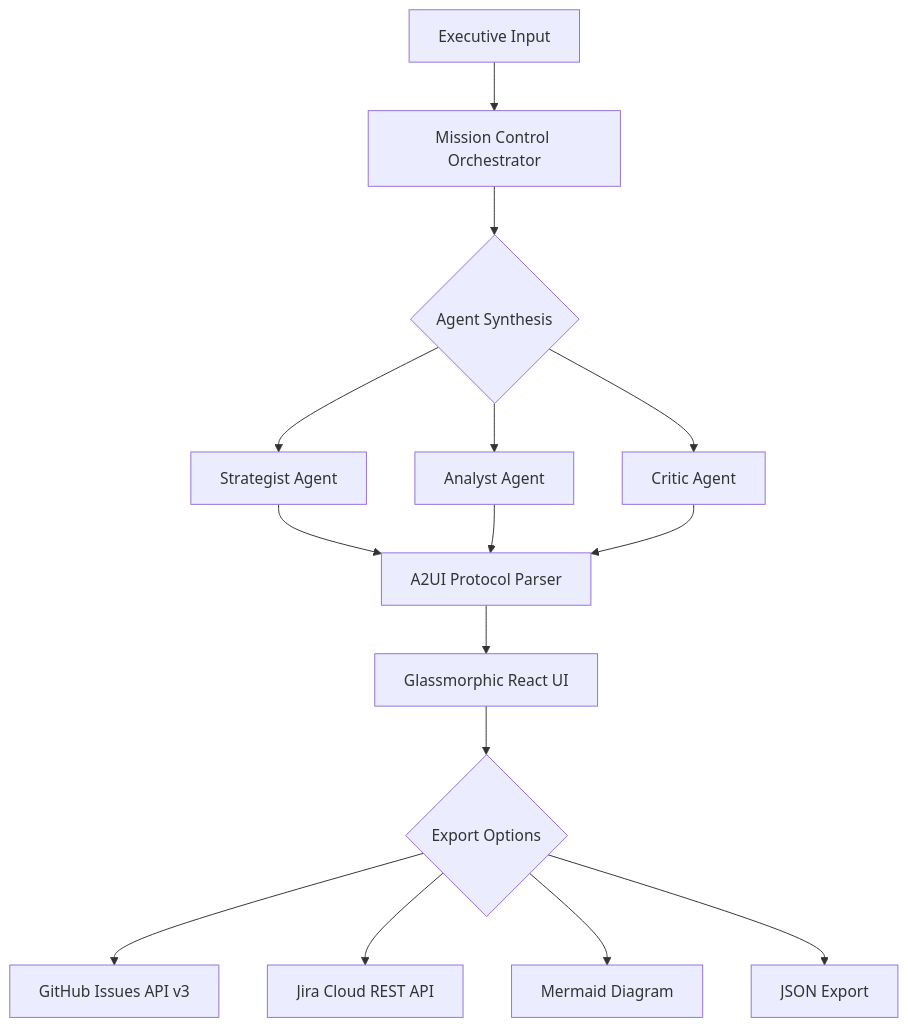
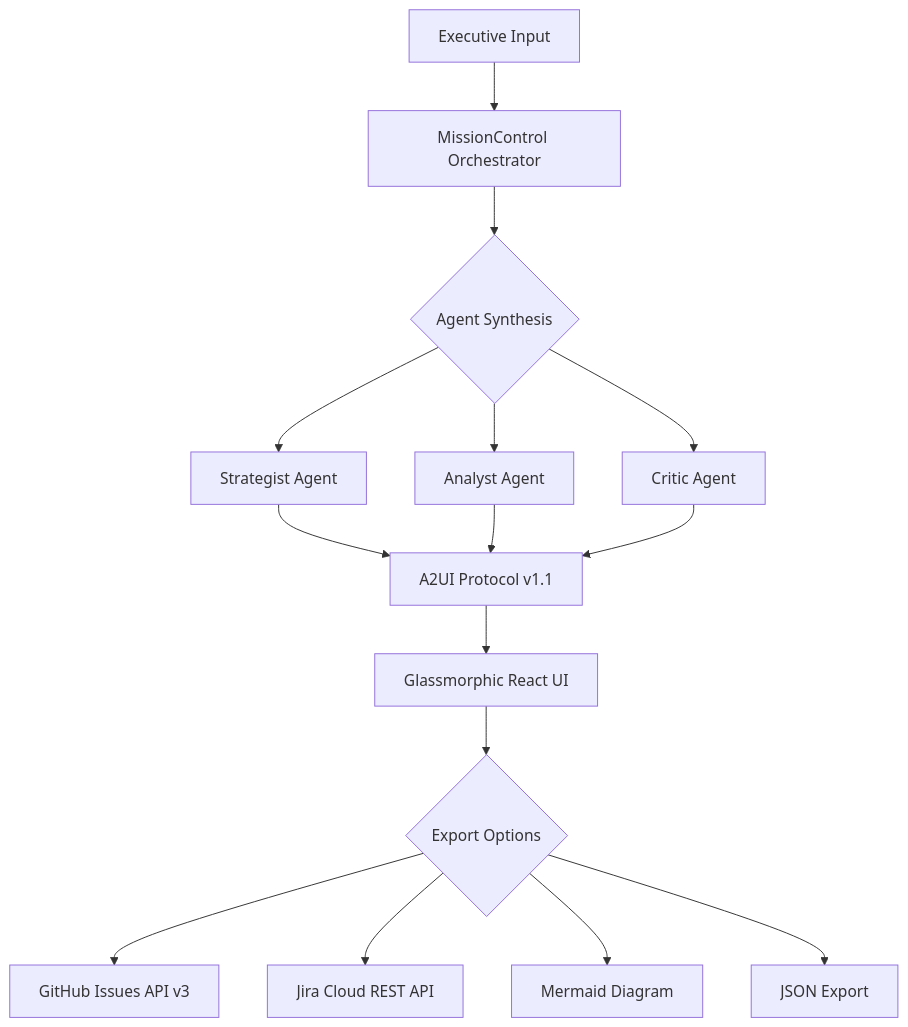
Before and after one commit to darshil0/atlas-strategic-agent: the diagram in README.md, drawn with Mermaid. The commit also changed other lines of this file, not shown here.

````diff
--- a/README.md
+++ b/README.md
@@ -140,15 +168,15 @@
 ```mermaid
 graph TD
-    A[Executive Input] --> B[Mission Control Orchestrator]
+    A[Executive Input] --> B[MissionControl Orchestrator]
     B --> C{Agent Synthesis}
     C --> C1[Strategist Agent]
     C --> C2[Analyst Agent]
     C --> C3[Critic Agent]
-    C1 & C2 & C3 --> D[A2UI Protocol Parser]
+    C1 & C2 & C3 --> D[A2UI Protocol v1.1]
     D --> E[Glassmorphic React UI]
     E --> F{Export Options}
     F --> F1[GitHub Issues API v3]
     F --> F2[Jira Cloud REST API]
     F --> F3[Mermaid Diagram]
     F --> F4[JSON Export]
 ```
````
